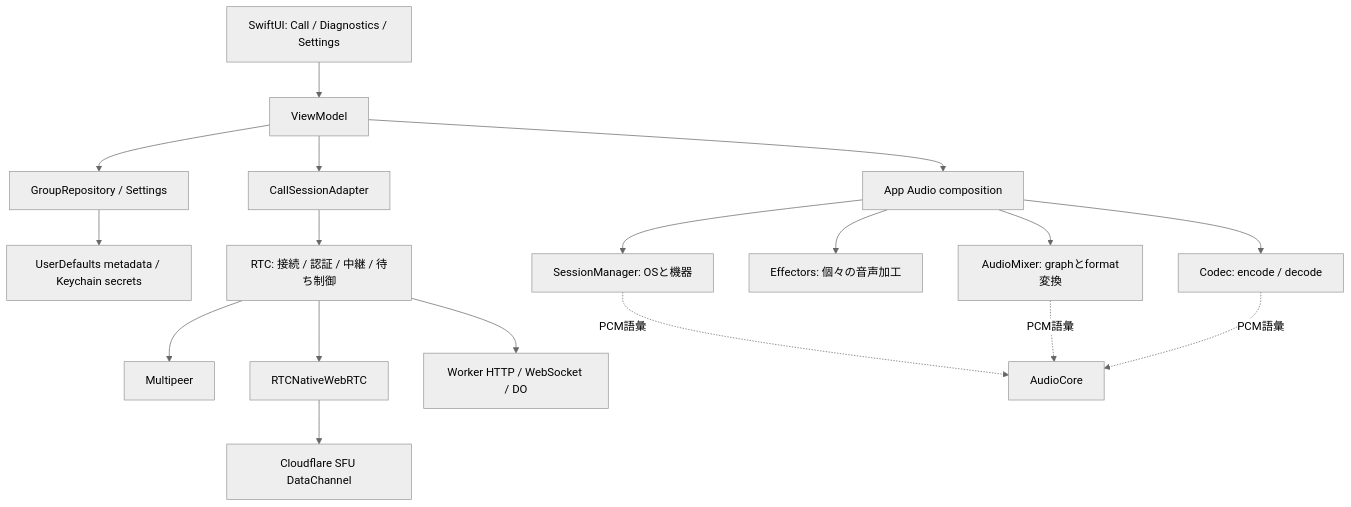
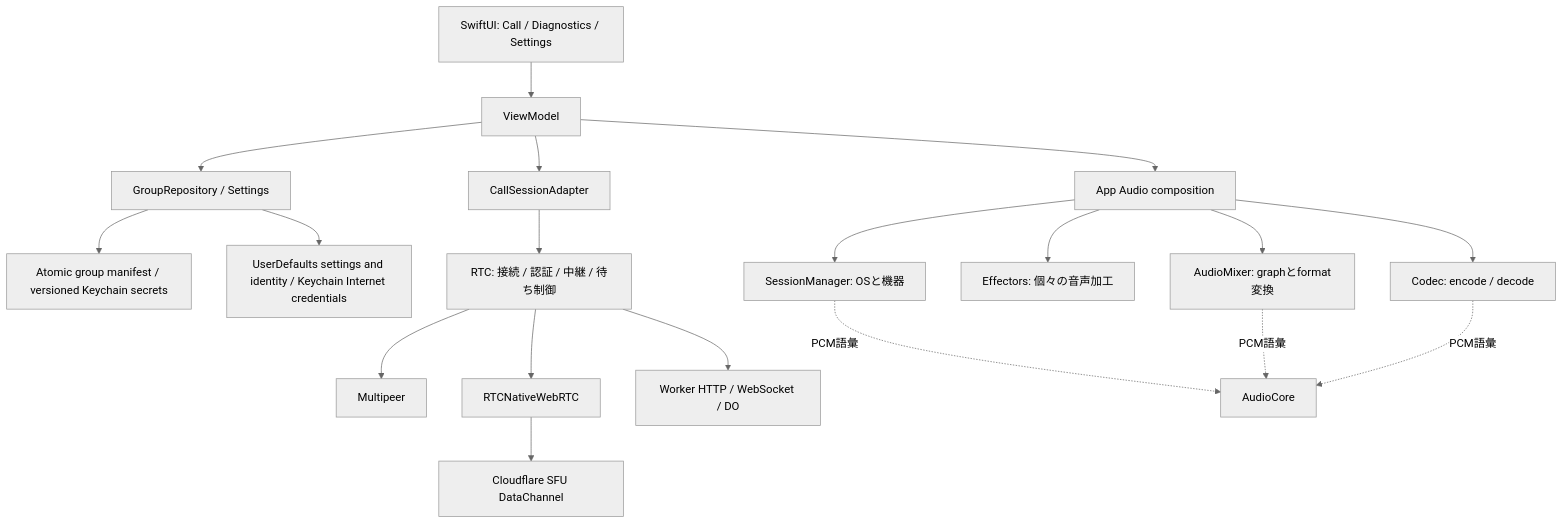
One commit to eroccowaruico/RideIntercom changed the first of 2 diagrams in docs/spec/アーキテクチャ.md. Above: the diagram before and after it, drawn with Mermaid (neutral theme). The commit also changed other lines of this file and 72 other files, not shown here.

````diff
--- a/docs/spec/アーキテクチャ.md
+++ b/docs/spec/アーキテクチャ.md
@@ -21,20 +21,21 @@
 ```mermaid
 flowchart TD
     UI[SwiftUI: Call / Diagnostics / Settings] --> VM[ViewModel]
     VM --> State[GroupRepository / Settings]
-    State --> Stores[UserDefaults metadata / Keychain secrets]
+    State --> Manifest[Atomic group manifest / versioned Keychain secrets]
+    State --> Settings[UserDefaults settings and identity / Keychain Internet credentials]
     VM --> Audio[App Audio composition]
     VM --> Transport[CallSessionAdapter]
     Audio --> Session[SessionManager: OSと機器]
     Audio --> Mixer[AudioMixer: graphとformat変換]
     Audio --> FX[Effectors: 個々の音声加工]
     Audio --> Codec[Codec: encode / decode]
     Transport --> RTC[RTC: 接続 / 認証 / 中継 / 待ち制御]
     RTC --> Local[Multipeer]
     RTC --> Native[RTCNativeWebRTC]
     Native --> SFU[Cloudflare SFU DataChannel]
     RTC --> Worker[Worker HTTP / WebSocket / DO]
     Session -. PCM語彙 .-> Core[AudioCore]
     Mixer -. PCM語彙 .-> Core
     Codec -. PCM語彙 .-> Core
 ```
````
